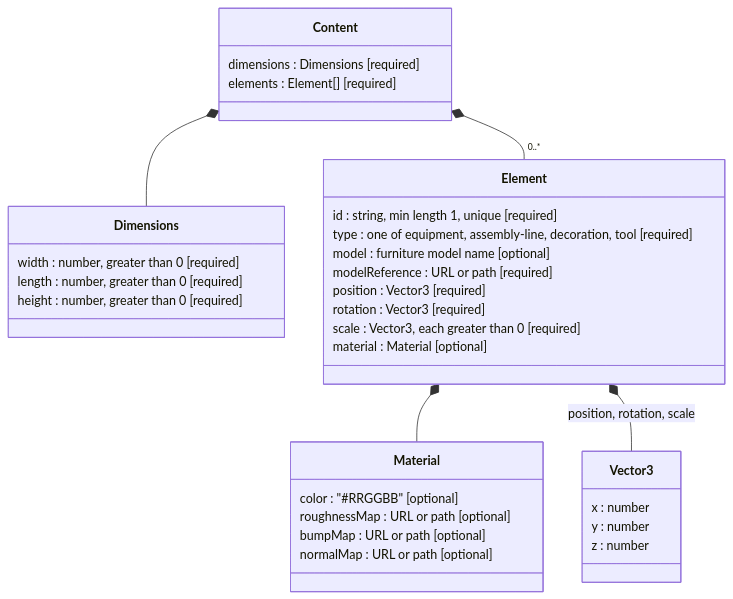
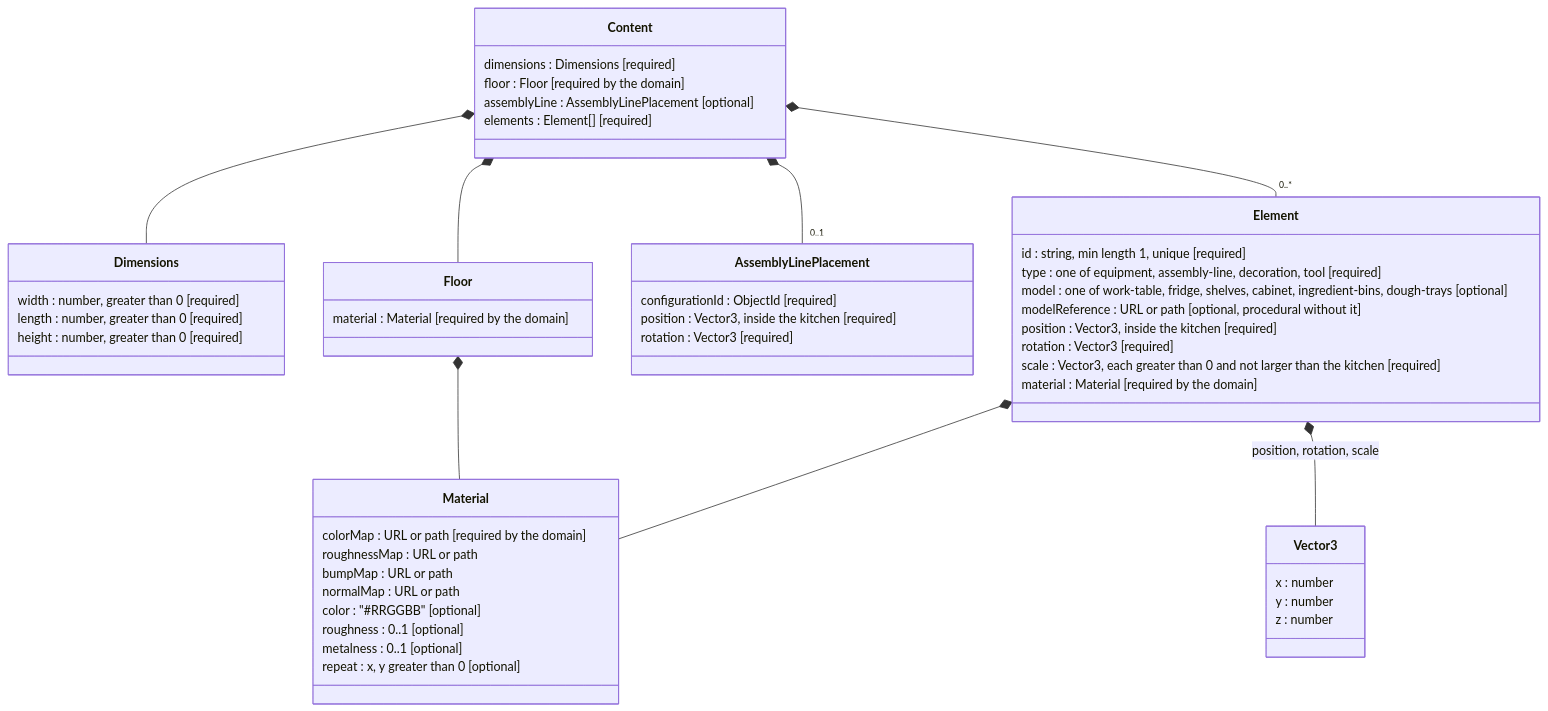
One commit to ivasduarte/laprizza changed the diagram in docs/flows/kitchen-configuration/kitchen-configuration-json-format.md. Above: the diagram before and after it, drawn with Mermaid. The commit also changed other lines of this file and 334 other files, not shown here.

````diff
--- a/docs/flows/kitchen-configuration/kitchen-configuration-json-format.md
+++ b/docs/flows/kitchen-configuration/kitchen-configuration-json-format.md
@@ -18,37 +18,54 @@
 ```mermaid
 classDiagram
     class Content {
         dimensions : Dimensions [required]
+        floor : Floor [required by the domain]
+        assemblyLine : AssemblyLinePlacement [optional]
         elements : Element[] [required]
     }
     class Dimensions {
         width : number, greater than 0 [required]
         length : number, greater than 0 [required]
         height : number, greater than 0 [required]
     }
+    class Floor {
+        material : Material [required by the domain]
+    }
+    class AssemblyLinePlacement {
+        configurationId : ObjectId [required]
+        position : Vector3, inside the kitchen [required]
+        rotation : Vector3 [required]
+    }
     class Element {
         id : string, min length 1, unique [required]
         type : one of equipment, assembly-line, decoration, tool [required]
-        model : furniture model name [optional]
-        modelReference : URL or path [required]
-        position : Vector3 [required]
+        model : one of work-table, fridge, shelves, cabinet, ingredient-bins, dough-trays [optional]
+        modelReference : URL or path [optional, procedural without it]
+        position : Vector3, inside the kitchen [required]
         rotation : Vector3 [required]
-        scale : Vector3, each greater than 0 [required]
-        material : Material [optional]
+        scale : Vector3, each greater than 0 and not larger than the kitchen [required]
+        material : Material [required by the domain]
     }
     class Material {
+        colorMap : URL or path [required by the domain]
+        roughnessMap : URL or path
+        bumpMap : URL or path
+        normalMap : URL or path
         color : "#RRGGBB" [optional]
-        roughnessMap : URL or path [optional]
-        bumpMap : URL or path [optional]
-        normalMap : URL or path [optional]
+        roughness : 0..1 [optional]
+        metalness : 0..1 [optional]
+        repeat : x, y greater than 0 [optional]
     }
     class Vector3 {
         x : number
         y : number
         z : number
     }
     Content *-- Dimensions
+    Content *-- Floor
+    Content *-- "0..1" AssemblyLinePlacement
     Content *-- "0..*" Element
+    Floor *-- Material
     Element *-- Material
     Element *-- Vector3 : position, rotation, scale
 ```
````
